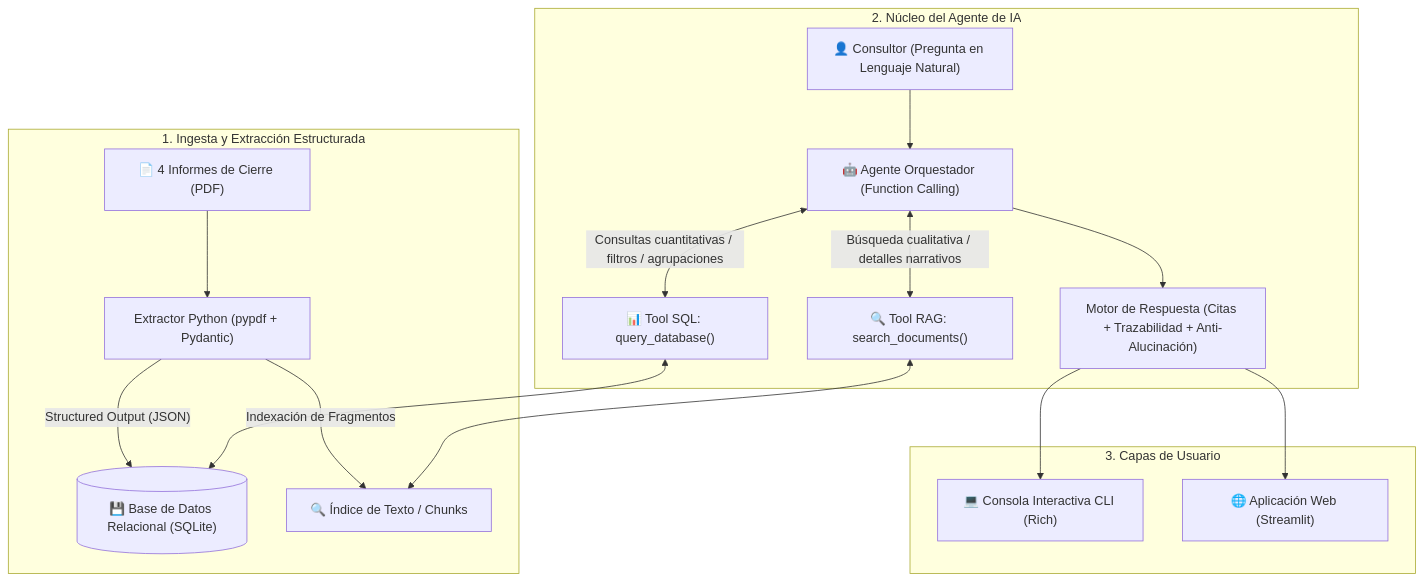
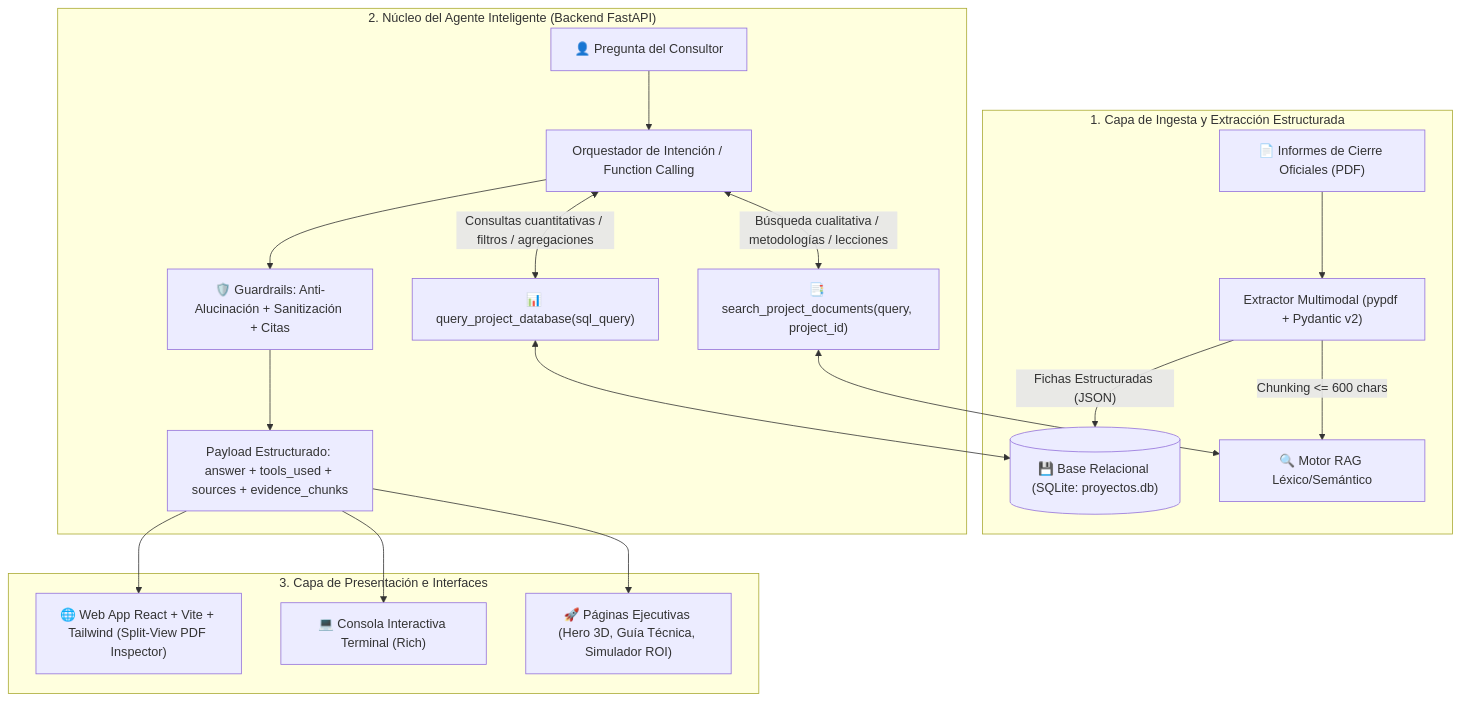
One commit to felipevillamil200/procesa-ai-consulting-agent changed the diagram in notas-agente/solucion.md. Above: the diagram before and after it, drawn with Mermaid. The commit also changed other lines of this file and 149 other files, not shown here.

Commit message:
feat: complete intelligent consulting agent with RAG, SQL and executive UI

````diff
--- a/notas-agente/solucion.md
+++ b/notas-agente/solucion.md
@@ -22,25 +20,27 @@
 ```mermaid
 flowchart TD
-    subgraph Ingesta ["1. Ingesta y Extracción Estructurada"]
-        PDFs["📄 4 Informes de Cierre (PDF)"] --> Extractor["Extractor Python (pypdf + Pydantic)"]
-        Extractor -->|"Structured Output (JSON)"| DB[("💾 Base de Datos Relacional (SQLite)")]
-        Extractor -->|"Indexación de Fragmentos"| RAGIndex["🔍 Índice de Texto / Chunks"]
+    subgraph Ingestion ["1. Capa de Ingesta y Extracción Estructurada"]
+        PDFs["📄 Informes de Cierre Oficiales (PDF)"] --> Extractor["Extractor Multimodal (pypdf + Pydantic v2)"]
+        Extractor -->|"Fichas Estructuradas (JSON)"| SQLite[("💾 Base Relacional (SQLite: proyectos.db)")]
+        Extractor -->|"Chunking <= 600 chars"| RAGEngine["🔍 Motor RAG Léxico/Semántico"]
     end
 
-    subgraph Agente ["2. Núcleo del Agente de IA"]
-        User["👤 Consultor (Pregunta en Lenguaje Natural)"] --> LLMAgent["🤖 Agente Orquestador (Function Calling)"]
+    subgraph CoreAgent ["2. Núcleo del Agente Inteligente (Backend FastAPI)"]
+        UserQuery["👤 Pregunta del Consultor"] --> Router["Orquestador de Intención / Function Calling"]
         
-        LLMAgent <-->|"Consultas cuantitativas / filtros / agrupaciones"| ToolSQL["📊 Tool SQL: query_database()"]
-        LLMAgent <-->|"Búsqueda cualitativa / detalles narrativos"| ToolRAG["🔍 Tool RAG: search_documents()"]
+        Router <-->|"Consultas cuantitativas / filtros / agregaciones"| ToolSQL["📊 query_project_database(sql_query)"]
+        Router <-->|"Búsqueda cualitativa / metodologías / lecciones"| ToolRAG["📑 search_project_documents(query, project_id)"]
         
-        ToolSQL <--> DB
-        ToolRAG <--> RAGIndex
+        ToolSQL <--> SQLite
+        ToolRAG <--> RAGEngine
         
-        LLMAgent --> ResponseEngine["Motor de Respuesta (Citas + Trazabilidad + Anti-Alucinación)"]
+        Router --> Guardrails["🛡️ Guardrails: Anti-Alucinación + Sanitización + Citas"]
+        Guardrails --> ResponseAPI["Payload Estructurado: answer + tools_used + sources + evidence_chunks"]
     end
 
-    subgraph Interfaces ["3. Capas de Usuario"]
-        ResponseEngine --> CLI["💻 Consola Interactiva CLI (Rich)"]
-        ResponseEngine --> WebApp["🌐 Aplicación Web (Streamlit)"]
+    subgraph Interfaces ["3. Capa de Presentación e Interfaces"]
+        ResponseAPI --> WebApp["🌐 Web App React + Vite + Tailwind (Split-View PDF Inspector)"]
+        ResponseAPI --> CLIApp["💻 Consola Interactiva Terminal (Rich)"]
+        ResponseAPI --> ExecPages["🚀 Páginas Ejecutivas (Hero 3D, Guía Técnica, Simulador ROI)"]
     end
 ```
````
